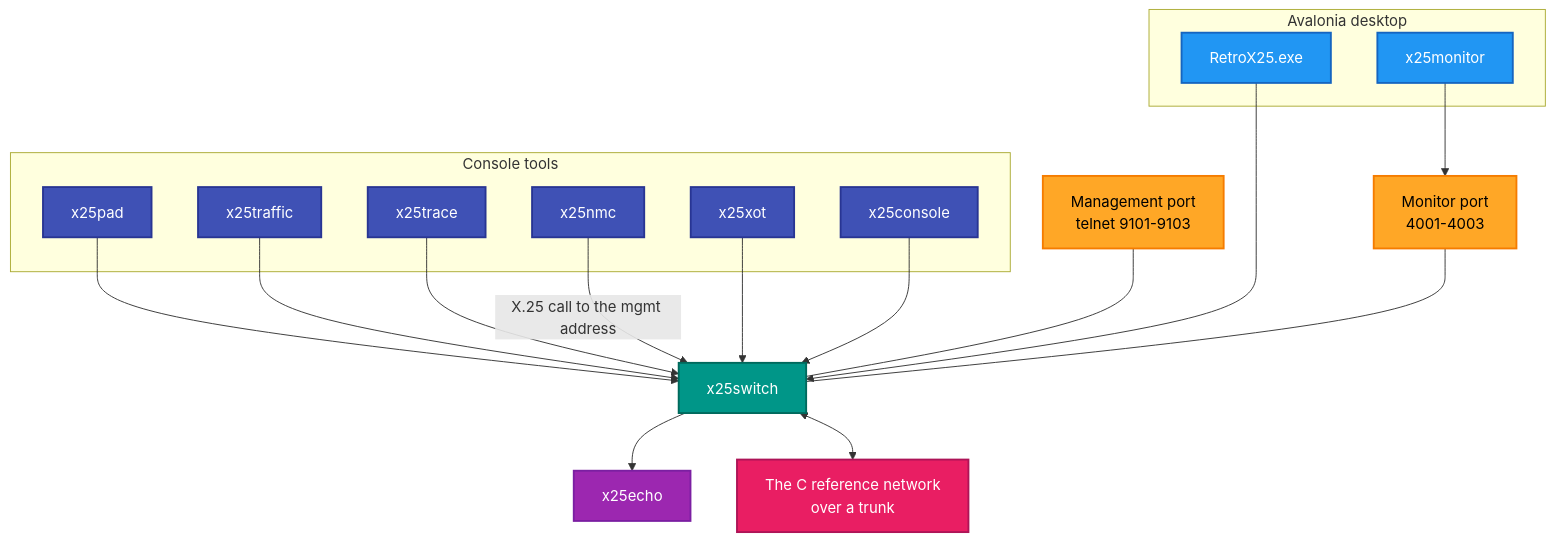
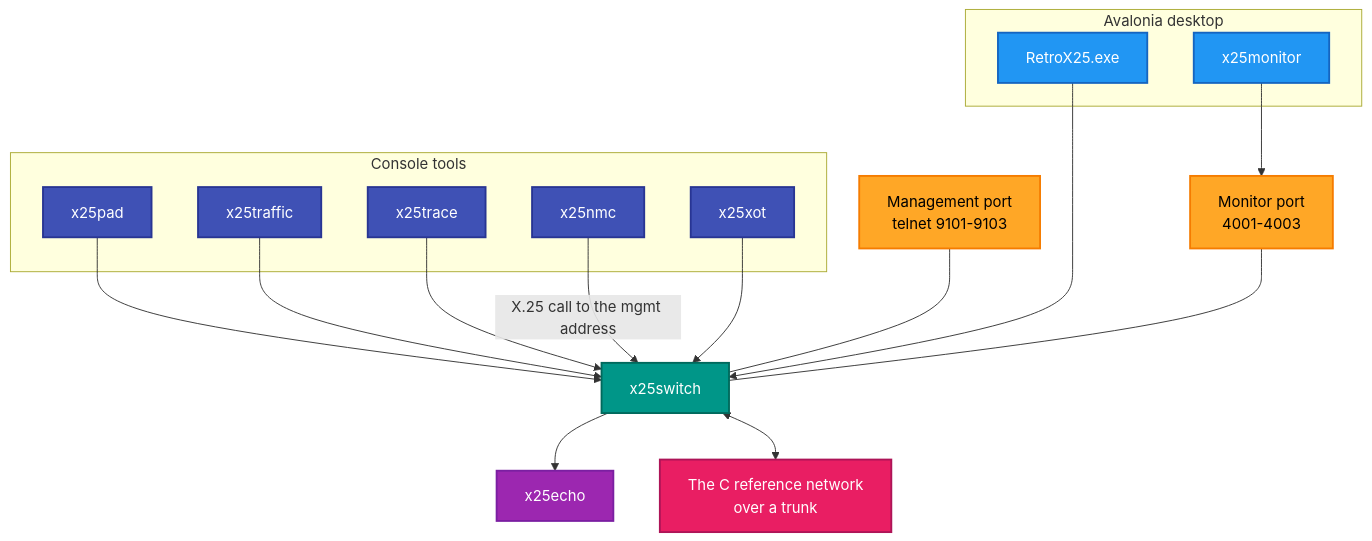
Before and after one commit to RetroCoreLabs/RetroX25: the second of 4 diagrams in README.md, drawn with Mermaid. The commit also changed other lines of this file and 10 other files, not shown here.

Commit message:
Docs and plan: XOT peers, cross-environment tests, trunk links, telnet PAD

````diff
--- a/README.md
+++ b/README.md
@@ -103,49 +154,47 @@
 ```mermaid
 flowchart TB
     subgraph GUI["Avalonia desktop"]
         RX["RetroX25.exe"]
         MON["x25monitor"]
     end
 
     subgraph CLI["Console tools"]
         PAD["x25pad"]
         TRAF["x25traffic"]
         TRACE["x25trace"]
         NMC["x25nmc"]
         XOT["x25xot"]
-        CONS["x25console"]
     end
 
     SW["x25switch"]
     ECHO["x25echo"]
     TELNET["Management port<br/>telnet 9101-9103"]
     MONPORT["Monitor port<br/>4001-4003"]
     REF["The C reference network<br/>over a trunk"]
 
     PAD --> SW
     TRAF --> SW
     TRACE --> SW
     XOT --> SW
-    CONS --> SW
     RX --> SW
     NMC -->|"X.25 call to the mgmt address"| SW
     MON --> MONPORT
     MONPORT --- SW
     TELNET --- SW
     SW --> ECHO
     SW <--> REF
 
     classDef gui  fill:#2196F3,stroke:#1565C0,stroke-width:2px,color:#fff
     classDef cli  fill:#3F51B5,stroke:#283593,stroke-width:2px,color:#fff
     classDef core fill:#009688,stroke:#00695C,stroke-width:2px,color:#fff
     classDef svc  fill:#9C27B0,stroke:#7B1FA2,stroke-width:2px,color:#fff
     classDef port fill:#FFA726,stroke:#F57C00,stroke-width:2px,color:#000
     classDef ext  fill:#E91E63,stroke:#AD1457,stroke-width:2px,color:#fff
 
     class RX,MON gui
-    class PAD,TRAF,TRACE,NMC,XOT,CONS cli
+    class PAD,TRAF,TRACE,NMC,XOT cli
     class SW core
     class ECHO svc
     class TELNET,MONPORT port
     class REF ext
 ```
````
